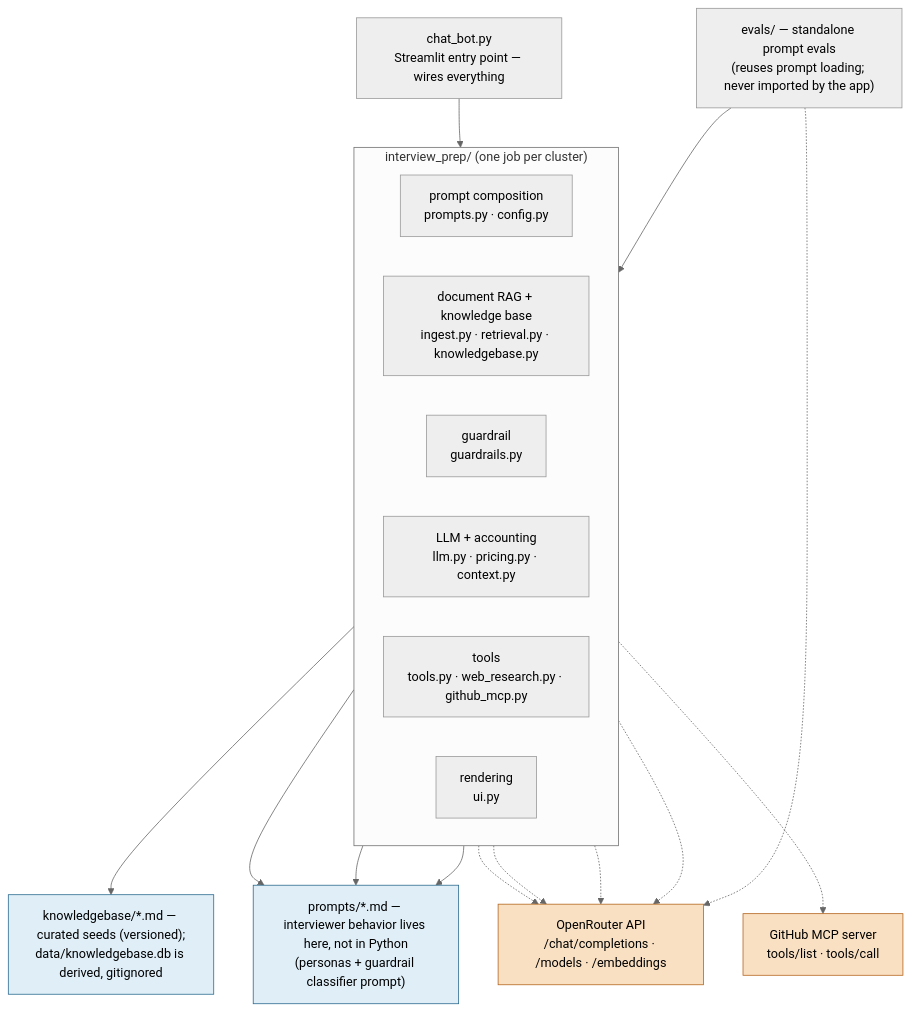
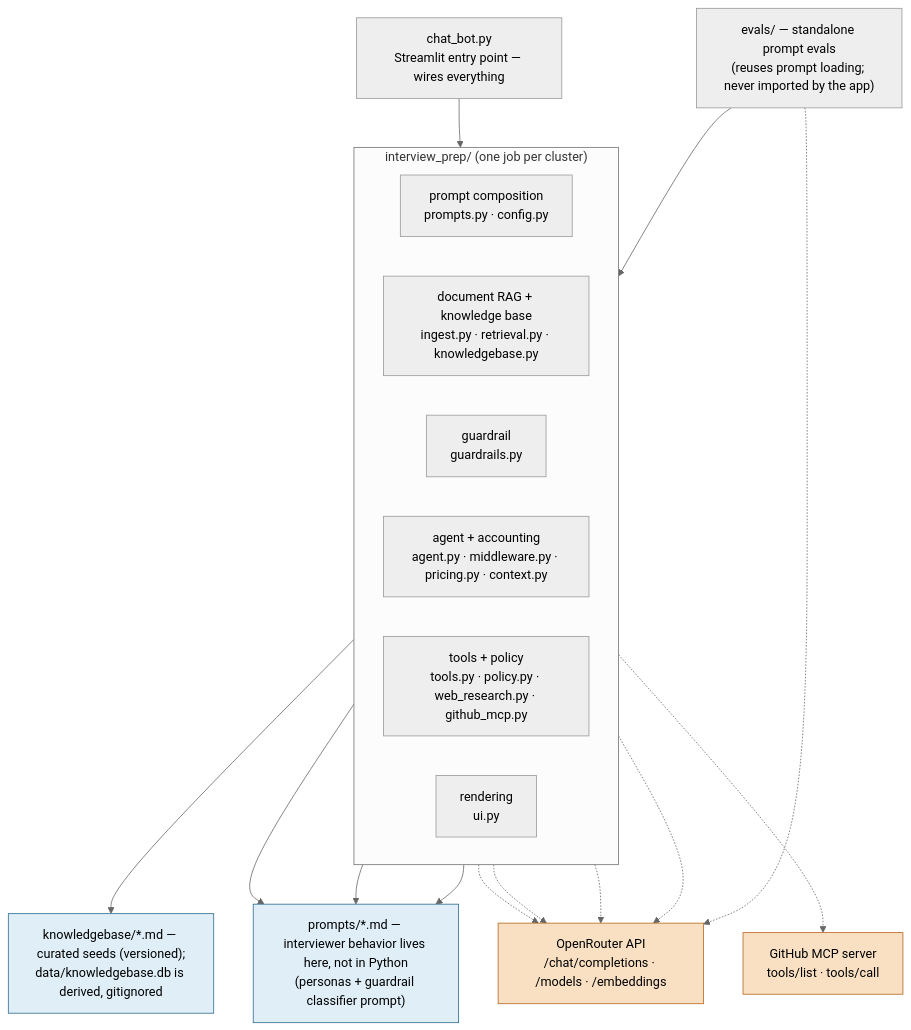
One commit to DukeOfErl/interv_preper changed the seventh of 7 diagrams in docs/diagrams/architecture.md. Above: the diagram before and after it, drawn with Mermaid (neutral theme). The commit also changed other lines of this file and 22 other files, not shown here.

````diff
--- a/docs/diagrams/architecture.md
+++ b/docs/diagrams/architecture.md
@@ -188,40 +255,40 @@
 ```mermaid
 flowchart TB
     entry["chat_bot.py<br/>Streamlit entry point — wires everything"]
 
     subgraph pkg["interview_prep/ (one job per cluster)"]
         direction LR
         promptsC["prompt composition<br/>prompts.py · config.py"]
         rag["document RAG + knowledge base<br/>ingest.py · retrieval.py · knowledgebase.py"]
         safety["guardrail<br/>guardrails.py"]
-        llmC["LLM + accounting<br/>llm.py · pricing.py · context.py"]
-        toolsC["tools<br/>tools.py · web_research.py · github_mcp.py"]
+        llmC["agent + accounting<br/>agent.py · middleware.py · pricing.py · context.py"]
+        toolsC["tools + policy<br/>tools.py · policy.py · web_research.py · github_mcp.py"]
         uiC["rendering<br/>ui.py"]
     end
 
     mdfiles["prompts/*.md — interviewer behavior lives here, not in Python<br/>(personas + guardrail classifier prompt)"]
     kbfiles["knowledgebase/*.md — curated seeds (versioned);<br/>data/knowledgebase.db is derived, gitignored"]
     orouter["OpenRouter API<br/>/chat/completions · /models · /embeddings"]
     ghmcp["GitHub MCP server<br/>tools/list · tools/call"]
     evals["evals/ — standalone prompt evals<br/>(reuses prompt loading; never imported by the app)"]
 
     entry --> pkg
     promptsC --> mdfiles
     rag --> kbfiles
     safety --> mdfiles
     toolsC --> mdfiles
     rag -.-> orouter
     safety -.-> orouter
     llmC -.-> orouter
     toolsC -.-> orouter
     toolsC -.-> ghmcp
     evals --> promptsC
     evals -.-> orouter
 
     classDef ext fill:#f9e0c3,stroke:#b5651d,color:#000
     classDef mdfile fill:#dfeef7,stroke:#2b6a8f,color:#000
     class orouter ext
     class ghmcp ext
     class mdfiles mdfile
     class kbfiles mdfile
 ```
````
